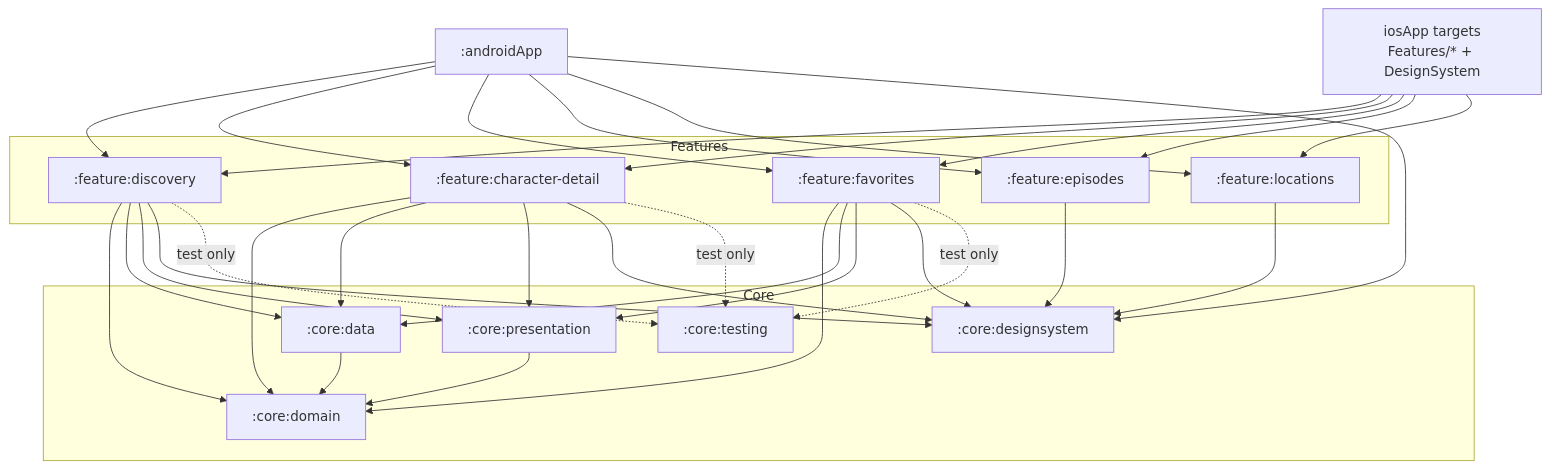
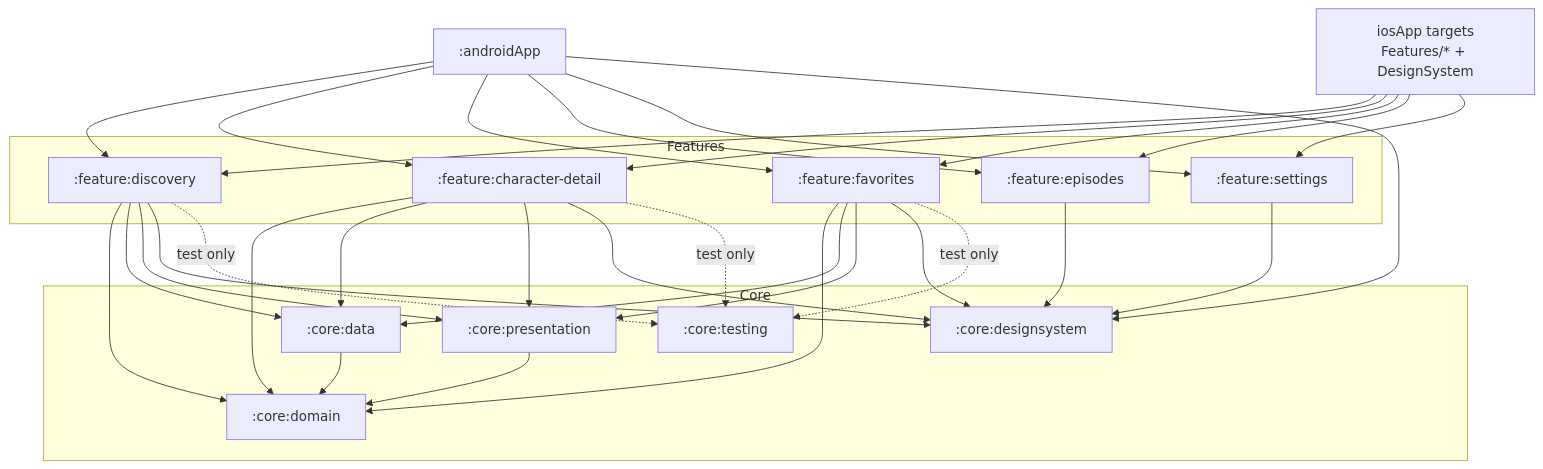
Before and after one commit to davidru85/RickAndMorty: the third of 4 diagrams in docs/DESIGN.md, drawn with Mermaid. The commit also changed other lines of this file and 23 other files, not shown here.

First line of the commit message:
docs: replace Locations with Settings and ship runtime REST/GraphQL selection

````diff
--- a/docs/DESIGN.md
+++ b/docs/DESIGN.md
@@ -101,49 +101,49 @@
 ```mermaid
 flowchart TB
     subgraph Core
         CD[":core:domain"]
         CDA[":core:data"]
         CP[":core:presentation"]
         CDS[":core:designsystem"]
         CT[":core:testing"]
     end
     subgraph Features
         FD[":feature:discovery"]
         FC[":feature:character-detail"]
         FF[":feature:favorites"]
         FE[":feature:episodes"]
-        FL[":feature:locations"]
+        FS[":feature:settings"]
     end
     APP[":androidApp"]
     IOS["iosApp targets<br/>Features/* + DesignSystem"]
     CDA --> CD
     CP --> CD
     FD --> CD
     FD --> CDA
     FD --> CP
     FD --> CDS
     FC --> CD
     FC --> CDA
     FC --> CP
     FC --> CDS
     FF --> CD
     FF --> CDA
     FF --> CP
     FF --> CDS
     FE --> CDS
-    FL --> CDS
+    FS --> CDS
     APP --> FD
     APP --> FC
     APP --> FF
     APP --> FE
-    APP --> FL
+    APP --> FS
     APP --> CDS
     IOS --> FD
     IOS --> FC
     IOS --> FF
     IOS --> FE
-    IOS --> FL
+    IOS --> FS
     FD -. test only .-> CT
     FC -. test only .-> CT
     FF -. test only .-> CT
 ```
````
